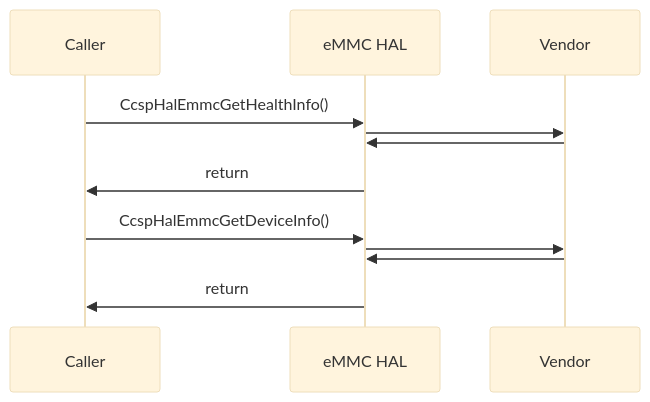
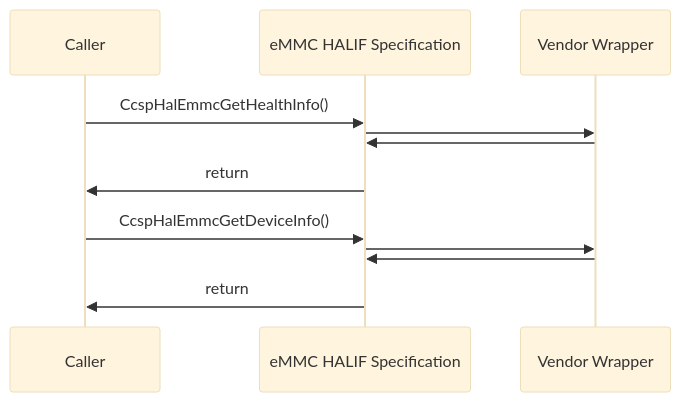
The second of 2 diagrams in docs/pages/eMMCHalSpec.md (rdkcentral/rdkb-halif-emmc), drawn with Mermaid (base theme) before and after one commit. The commit also changed other lines of this file, not shown here.

````diff
--- a/docs/pages/eMMCHalSpec.md
+++ b/docs/pages/eMMCHalSpec.md
@@ -135,15 +137,15 @@
 ```mermaid
 sequenceDiagram
 participant Caller
-participant eMMC HAL
-participant Vendor
-Caller ->>eMMC HAL: CcspHalEmmcGetHealthInfo()
-eMMC HAL->>Vendor: 
-Vendor ->>eMMC HAL: 
-eMMC HAL->>Caller: return
+participant eMMC HALIF Specification
+participant Vendor Wrapper
+Caller ->>eMMC HALIF Specification: CcspHalEmmcGetHealthInfo()
+eMMC HALIF Specification->>Vendor Wrapper: 
+Vendor Wrapper->>eMMC HALIF Specification: 
+eMMC HALIF Specification->>Caller: return
 
-Caller ->>eMMC HAL: CcspHalEmmcGetDeviceInfo()
-eMMC HAL->>Vendor: 
-Vendor ->>eMMC HAL: 
-eMMC HAL->>Caller: return
+Caller ->>eMMC HALIF Specification: CcspHalEmmcGetDeviceInfo()
+eMMC HALIF Specification->>Vendor Wrapper: 
+Vendor Wrapper ->>eMMC HALIF Specification: 
+eMMC HALIF Specification->>Caller: return
 ```
````
